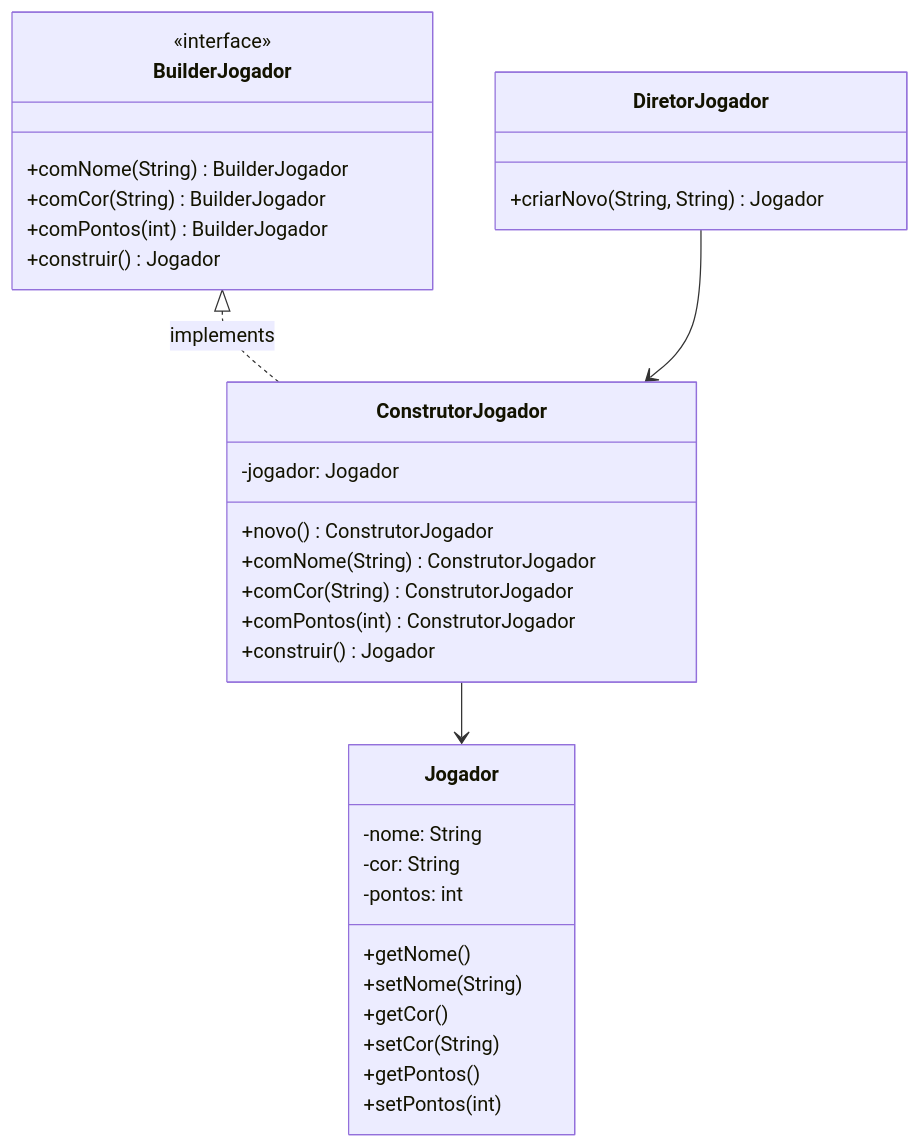
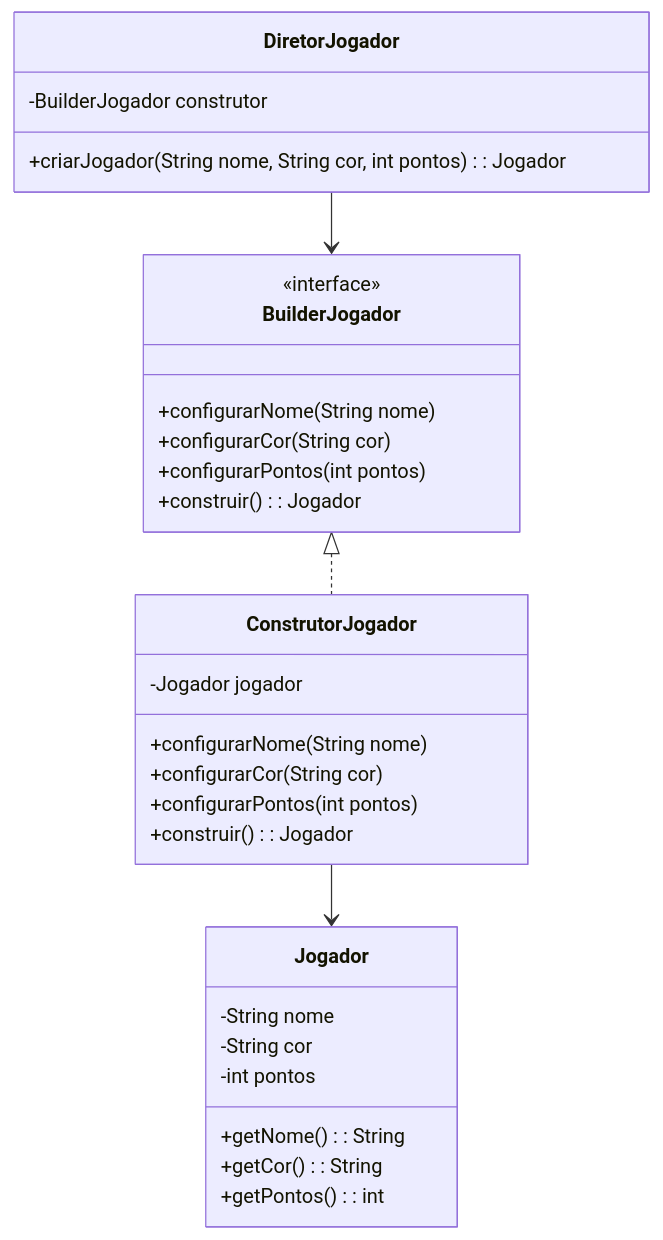
The second of 5 diagrams in README.md (20242-ifba-saj-ads-ppr/framework-equipe4), drawn with Mermaid before and after one commit. The commit also changed other lines of this file and 7 other files, not shown here.

````diff
--- a/README.md
+++ b/README.md
@@ -98,39 +57,36 @@
 ```mermaid
 classDiagram
 	class BuilderJogador {
-    	<<interface>>
-    	+comNome(String) BuilderJogador
-    	+comCor(String) BuilderJogador
-    	+comPontos(int) BuilderJogador
-    	+construir() Jogador
+		<<interface>>
+		+configurarNome(String nome)
+		+configurarCor(String cor)
+		+configurarPontos(int pontos)
+		+construir(): Jogador
 	}
 
 	class ConstrutorJogador {
-    	-jogador: Jogador
-    	+novo() ConstrutorJogador
-    	+comNome(String) ConstrutorJogador
-    	+comCor(String) ConstrutorJogador
-    	+comPontos(int) ConstrutorJogador
-    	+construir() Jogador
+		-Jogador jogador
+		+configurarNome(String nome)
+		+configurarCor(String cor)
+		+configurarPontos(int pontos)
+		+construir(): Jogador
+	}
+
+	class DiretorJogador {
+		-BuilderJogador construtor
+		+criarJogador(String nome, String cor, int pontos): Jogador
 	}
 
 	class Jogador {
-    	-nome: String
-    	-cor: String
-    	-pontos: int
-    	+getNome()
-    	+setNome(String)
-    	+getCor()
-    	+setCor(String)
-    	+getPontos()
-    	+setPontos(int)
+		-String nome
+		-String cor
+		-int pontos
+		+getNome(): String
+		+getCor(): String
+		+getPontos(): int
 	}
 
-	class DiretorJogador {
-    	+criarNovo(String, String) Jogador
-	}
-
-	BuilderJogador <|.. ConstrutorJogador : implements
-	ConstrutorJogador --> Jogador 
-	DiretorJogador --> ConstrutorJogador 
+	BuilderJogador <|.. ConstrutorJogador
+	ConstrutorJogador --> Jogador
+	DiretorJogador --> BuilderJogador
 ```
````
